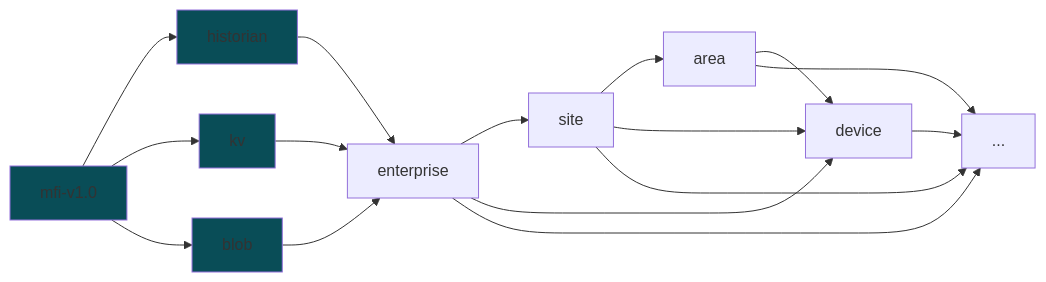
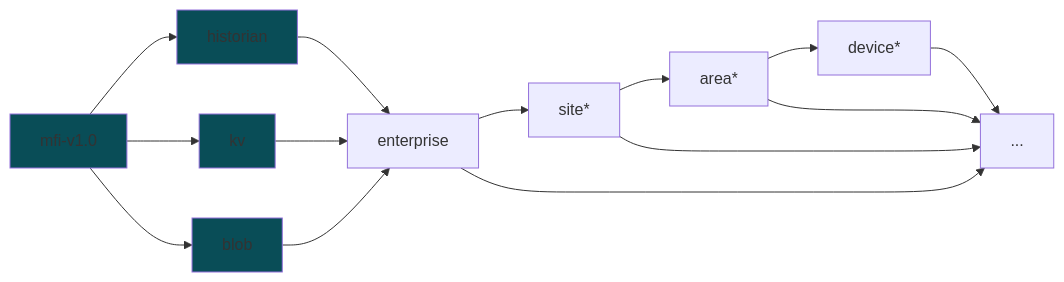
One commit to cmu-mfi/mfi_ddb_library changed the diagram in schema/README.md. Above: the diagram before and after it, drawn with Mermaid. The commit also changed other lines of this file, not shown here.

Commit message:
diagram cleanup

````diff
--- a/schema/README.md
+++ b/schema/README.md
@@ -13,20 +13,18 @@
 ```mermaid
 flowchart LR;
     B[mfi-v1.0];
     B --> C[historian] --> F["enterprise"];
     B --> D[kv] --> F;
     B --> E[blob] --> F;
-    F --> G["site"];
-    G --> H["area"];
-    H --> I["device"];
-    F --> I;
-    G --> I;    
+    F --> G["site*"];
+    G --> H["area*"];
+    H --> I["device*"];
     I --> X["..."];
     F --> X;
     G --> X;
     H --> X;
 
 
     classDef highlight fill:#094d57
     class A,B,C,D,E highlight
 ```
````
